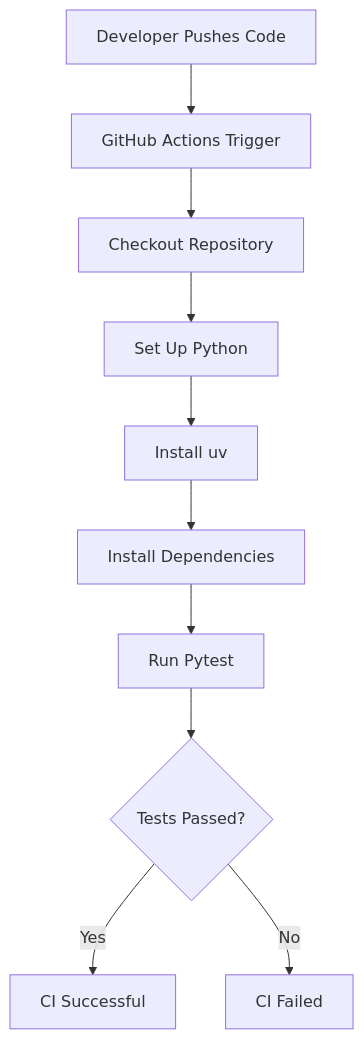
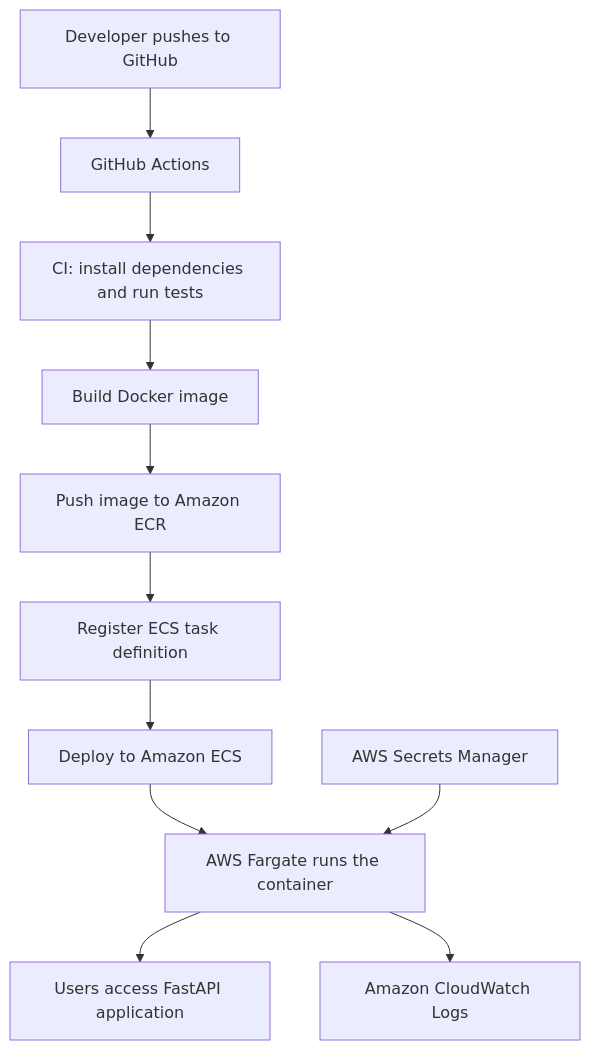
One commit to i-am-tushaar/End-to-End-LLMOPs-Project changed the second of 2 diagrams in README.md. Above: the diagram before and after it, drawn with Mermaid. The commit also changed other lines of this file and 4 other files, not shown here.

````diff
--- a/README.md
+++ b/README.md
@@ -551,12 +69,13 @@
 ```mermaid
 flowchart TD
-    A[Developer Pushes Code] --> B[GitHub Actions Trigger]
-    B --> C[Checkout Repository]
-    C --> D[Set Up Python]
-    D --> E[Install uv]
-    E --> F[Install Dependencies]
-    F --> G[Run Pytest]
-    G --> H{Tests Passed?}
-    H -->|Yes| I[CI Successful]
-    H -->|No| J[CI Failed]
+    A[Developer pushes to GitHub] --> B[GitHub Actions]
+    B --> C[CI: install dependencies and run tests]
+    C --> D[Build Docker image]
+    D --> E[Push image to Amazon ECR]
+    E --> F[Register ECS task definition]
+    F --> G[Deploy to Amazon ECS]
+    G --> H[AWS Fargate runs the container]
+    H --> I[Users access FastAPI application]
+    H --> J[Amazon CloudWatch Logs]
+    K[AWS Secrets Manager] --> H
 ```
````
